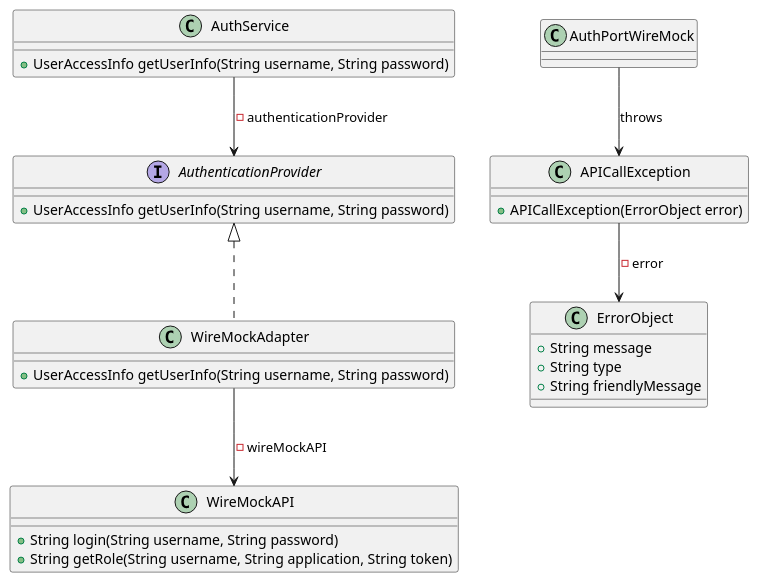
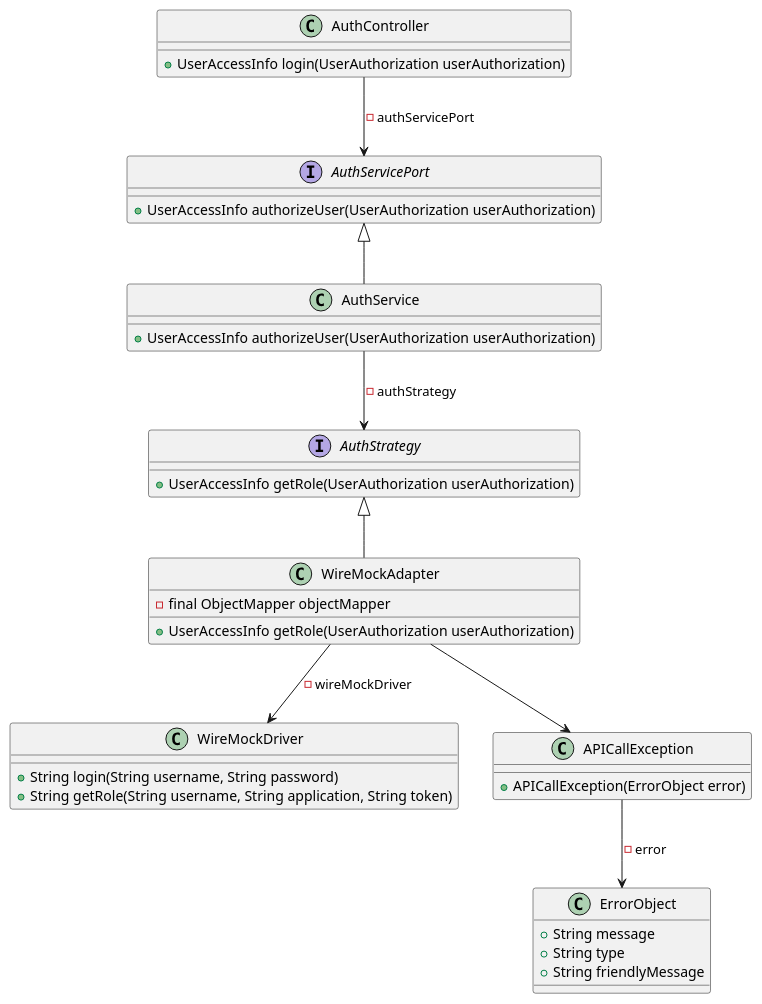
The diagram in week2/les3/pressure-cooker/4-klassen-fault-tolerance-adapter.puml (AIM-ENE-feb25/triptop-groep-b5), drawn with PlantUML before and after one commit. The commit also changed 5 other files, not shown here.

```diff
--- a/week2/les3/pressure-cooker/4-klassen-fault-tolerance-adapter.puml
+++ b/week2/les3/pressure-cooker/4-klassen-fault-tolerance-adapter.puml
@@ -1,42 +1,55 @@
 @startuml
 'left to right direction
 
-class AuthService {
-    +UserAccessInfo getUserInfo(String username, String password)
+class AuthController {
+    +UserAccessInfo login(UserAuthorization userAuthorization)
 }
 
-interface AuthenticationProvider {
-    +UserAccessInfo getUserInfo(String username, String password)
+AuthController --> AuthServicePort : -authServicePort
+
+interface AuthServicePort {
+    +UserAccessInfo authorizeUser(UserAuthorization userAuthorization)
 }
 
-AuthService --> AuthenticationProvider: -authenticationProvider
+AuthServicePort <|-- AuthService
+
+class AuthService {
+    +UserAccessInfo authorizeUser(UserAuthorization userAuthorization)
+}
+
+AuthService --> AuthStrategy: -authStrategy
+
+interface AuthStrategy {
+    +UserAccessInfo getRole(UserAuthorization userAuthorization)
+}
+
+AuthStrategy <|-- WireMockAdapter
 
 class WireMockAdapter {
-    +UserAccessInfo getUserInfo(String username, String password)
+    -final ObjectMapper objectMapper
+    +UserAccessInfo getRole(UserAuthorization userAuthorization)
 }
 
-AuthenticationProvider <|.. WireMockAdapter
+WireMockAdapter --> WireMockDriver: -wireMockDriver
 
-class WireMockAPI {
+class WireMockDriver {
     +String login(String username, String password)
     +String getRole(String username, String application, String token)
 }
-
-WireMockAdapter --> WireMockAPI: -wireMockAPI
 
 class ErrorObject {
     +String message
     +String type
     +String friendlyMessage
 }
 
 class APICallException {
     +APICallException(ErrorObject error)
 }
 
 APICallException --> ErrorObject: -error
 
-AuthPortWireMock --> APICallException: throws
+WireMockAdapter --> APICallException
 
 
 @enduml
```
